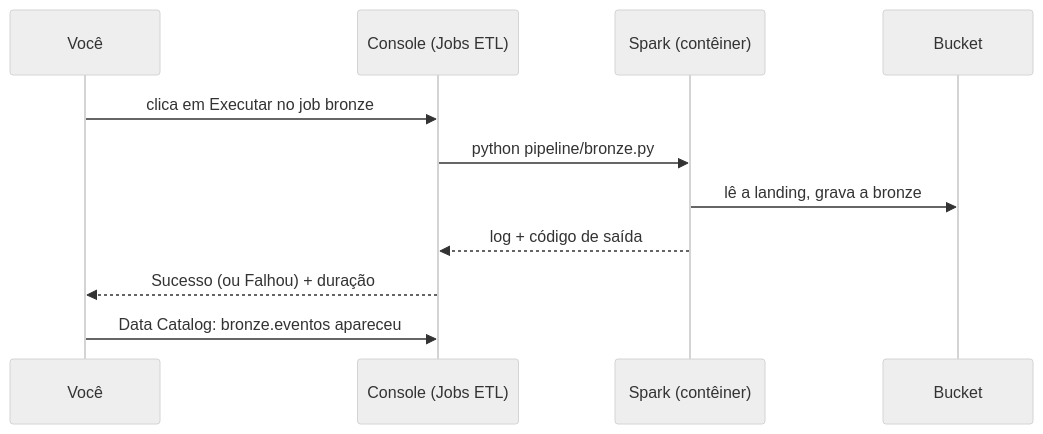
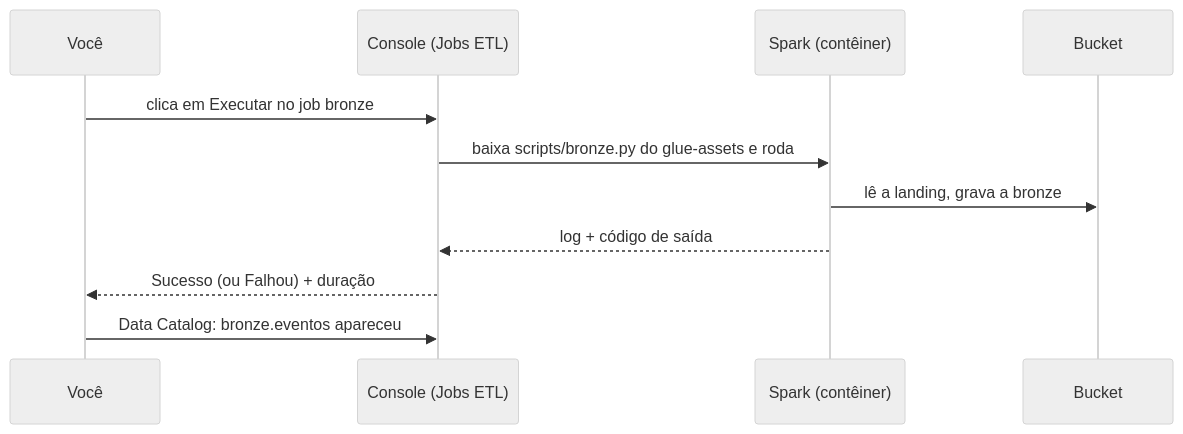
The fourth of 6 diagrams in explorador/README.md (sertaoseracloud/projeto-final-tracking), drawn with Mermaid (neutral theme) before and after one commit. The commit also changed other lines of this file and 17 other files, not shown here.

First line of the commit message:
Jobs e workflows moram no floci (bucket glue-assets), com botão Sincronizar

````diff
--- a/explorador/README.md
+++ b/explorador/README.md
@@ -127,13 +149,13 @@
 ```mermaid
 sequenceDiagram
     participant V as Você
     participant C as Console (Jobs ETL)
     participant S as Spark (contêiner)
     participant B as Bucket
     V->>C: clica em Executar no job bronze
-    C->>S: python pipeline/bronze.py
+    C->>S: baixa scripts/bronze.py do glue-assets e roda
     S->>B: lê a landing, grava a bronze
     S-->>C: log + código de saída
     C-->>V: Sucesso (ou Falhou) + duração
     V->>C: Data Catalog: bronze.eventos apareceu
 ```
````
